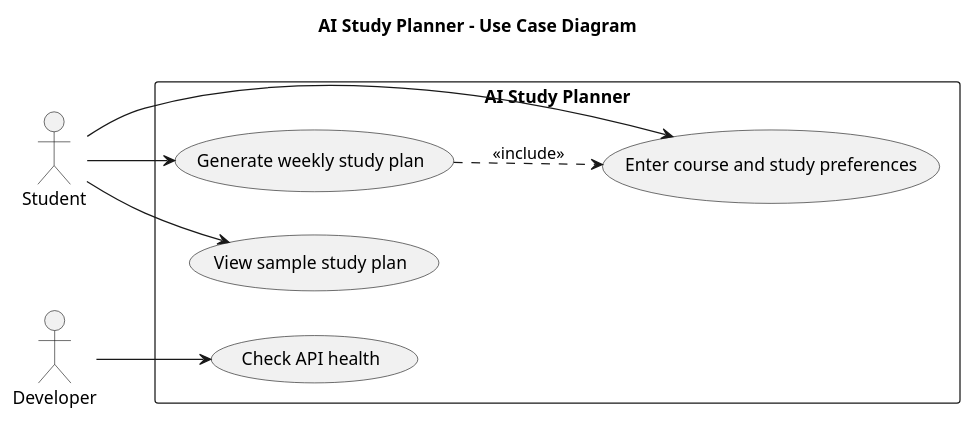
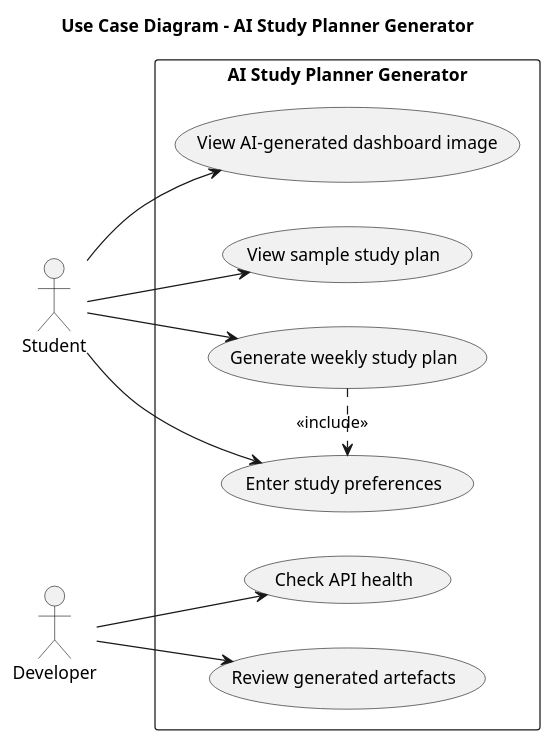
One commit to lanxiaolan333/DTS114-ai-study-planner changed the diagram in Task1/generated_project/artifacts/uml_use_case.puml. Above: the diagram before and after it, drawn with PlantUML. The commit also changed 5 other files, not shown here.

Commit message:
Update PlantUML sources and rendered UML PNG exports

```diff
--- a/Task1/generated_project/artifacts/uml_use_case.puml
+++ b/Task1/generated_project/artifacts/uml_use_case.puml
@@ -1,23 +1,28 @@
 @startuml
+title Use Case Diagram - AI Study Planner Generator
+
 left to right direction
-skinparam packageStyle rectangle
-
-title AI Study Planner - Use Case Diagram
 
 actor Student
 actor Developer
 
-rectangle "AI Study Planner" {
-  usecase "Enter course and study preferences" as UC1
+rectangle "AI Study Planner Generator" {
+  usecase "Enter study preferences" as UC1
   usecase "Generate weekly study plan" as UC2
-  usecase "View sample study plan" as UC3
-  usecase "Check API health" as UC4
+  usecase "View AI-generated dashboard image" as UC3
+  usecase "View sample study plan" as UC4
+  usecase "Check API health" as UC5
+  usecase "Review generated artefacts" as UC6
 }
 
 Student --> UC1
 Student --> UC2
 Student --> UC3
-Developer --> UC4
-UC2 ..> UC1 : <<include>>
+Student --> UC4
+
+Developer --> UC5
+Developer --> UC6
+
+UC2 .> UC1 : <<include>>
 
 @enduml
```
